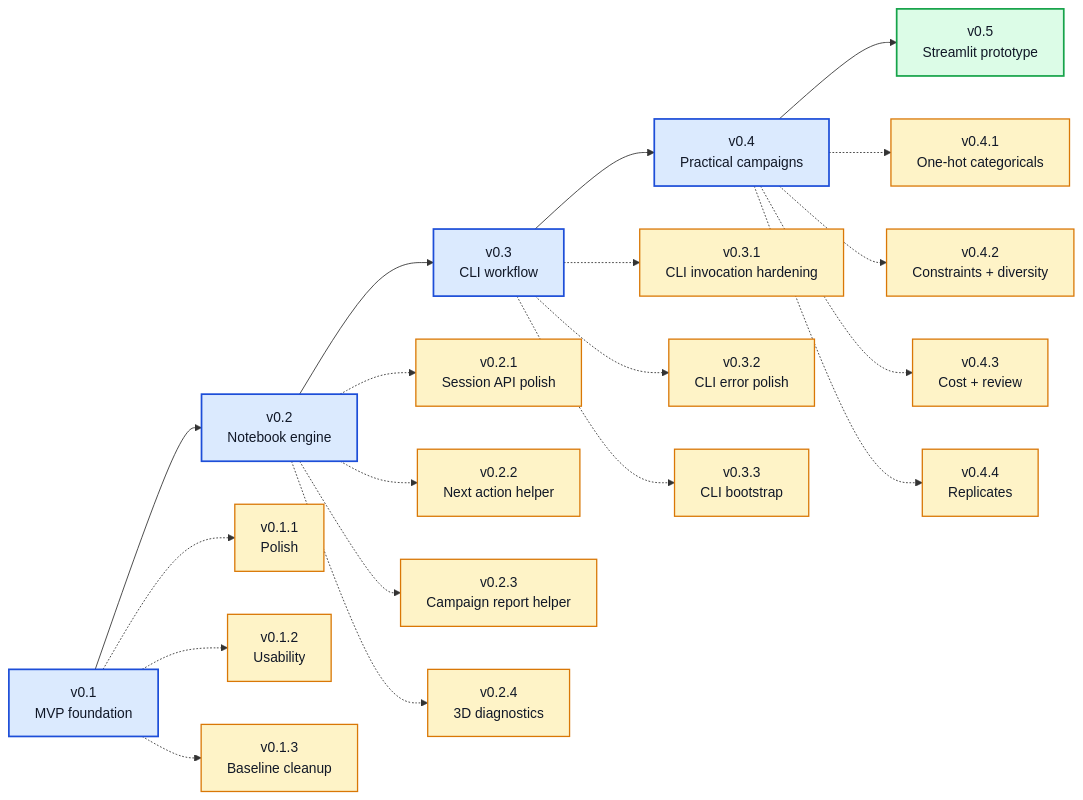
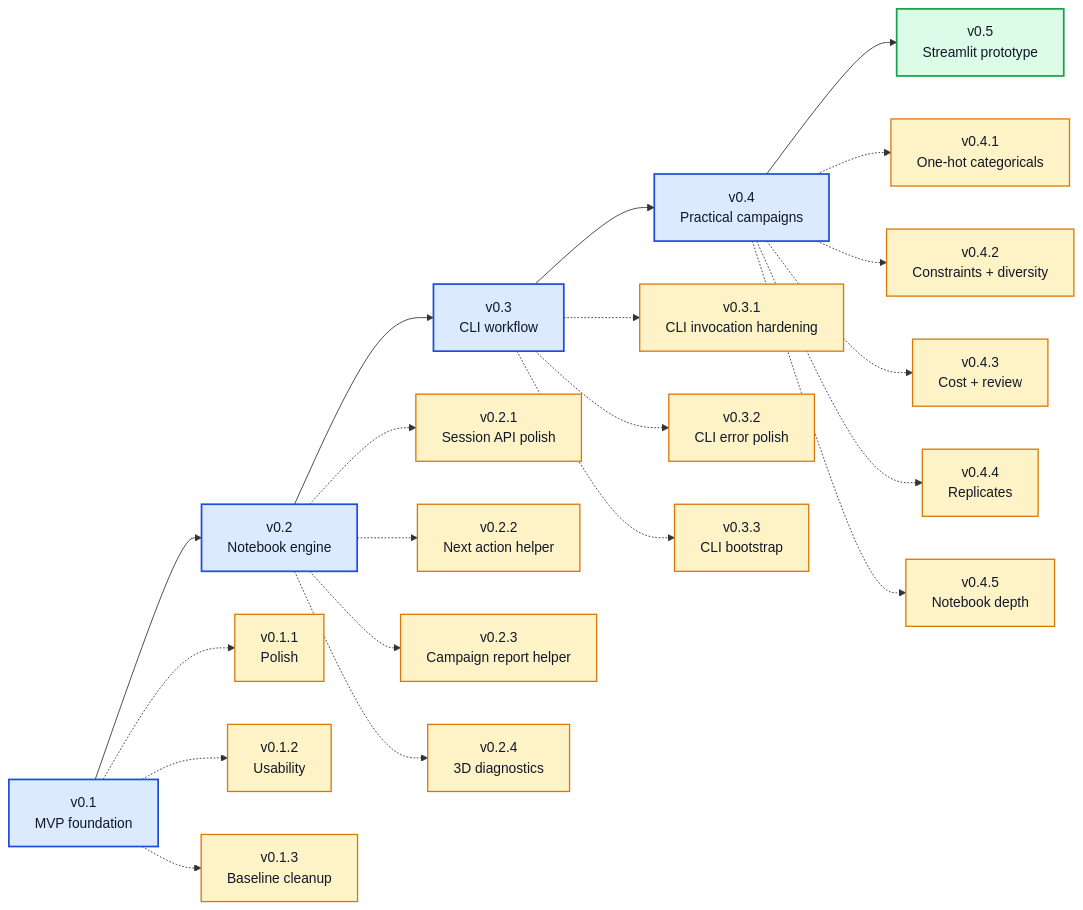
Before and after one commit to angzeli/bo-forge: the diagram in ROADMAP.md, drawn with Mermaid. The commit also changed other lines of this file and 17 other files, not shown here.

Commit message:
v0.4.5 update: More notebook depth

````diff
--- a/ROADMAP.md
+++ b/ROADMAP.md
@@ -7,43 +7,45 @@
 ```mermaid
 flowchart LR
     v01["v0.1<br/>MVP foundation"] --> v02["v0.2<br/>Notebook engine"] --> v03["v0.3<br/>CLI workflow"] --> v04["v0.4<br/>Practical campaigns"] --> v05["v0.5<br/>Streamlit prototype"]
 
     v011["v0.1.1<br/>Polish"]
     v012["v0.1.2<br/>Usability"]
     v013["v0.1.3<br/>Baseline cleanup"]
     v021["v0.2.1<br/>Session API polish"]
     v022["v0.2.2<br/>Next action helper"]
     v023["v0.2.3<br/>Campaign report helper"]
     v024["v0.2.4<br/>3D diagnostics"]
     v031["v0.3.1<br/>CLI invocation hardening"]
     v032["v0.3.2<br/>CLI error polish"]
     v033["v0.3.3<br/>CLI bootstrap"]
     v041["v0.4.1<br/>One-hot categoricals"]
     v042["v0.4.2<br/>Constraints + diversity"]
     v043["v0.4.3<br/>Cost + review"]
     v044["v0.4.4<br/>Replicates"]
+    v045["v0.4.5<br/>Notebook depth"]
     
     v01 -.-> v011
     v01 -.-> v012
     v01 -.-> v013
     v02 -.-> v021
     v02 -.-> v022
     v02 -.-> v023
     v02 -.-> v024
     v03 -.-> v031
     v03 -.-> v032
     v03 -.-> v033
     v04 -.-> v041
     v04 -.-> v042
     v04 -.-> v043
     v04 -.-> v044
+    v04 -.-> v045
     
     class v01,v02,v03,v04 majorDone
     class v05 majorNext
-    class v011,v012,v013,v021,v022,v023,v024,v031,v032,v033,v041,v042,v043,v044 patchDone
+    class v011,v012,v013,v021,v022,v023,v024,v031,v032,v033,v041,v042,v043,v044,v045 patchDone
 
     classDef majorDone fill:#dbeafe,stroke:#1d4ed8,stroke-width:2px,color:#111827;
     classDef majorNext fill:#dcfce7,stroke:#16a34a,stroke-width:2px,color:#111827;
     classDef majorFuture fill:#f3f4f6,stroke:#6b7280,stroke-width:2px,color:#111827;
     classDef patchDone fill:#fef3c7,stroke:#d97706,stroke-width:1.5px,color:#111827;
 ```
````
